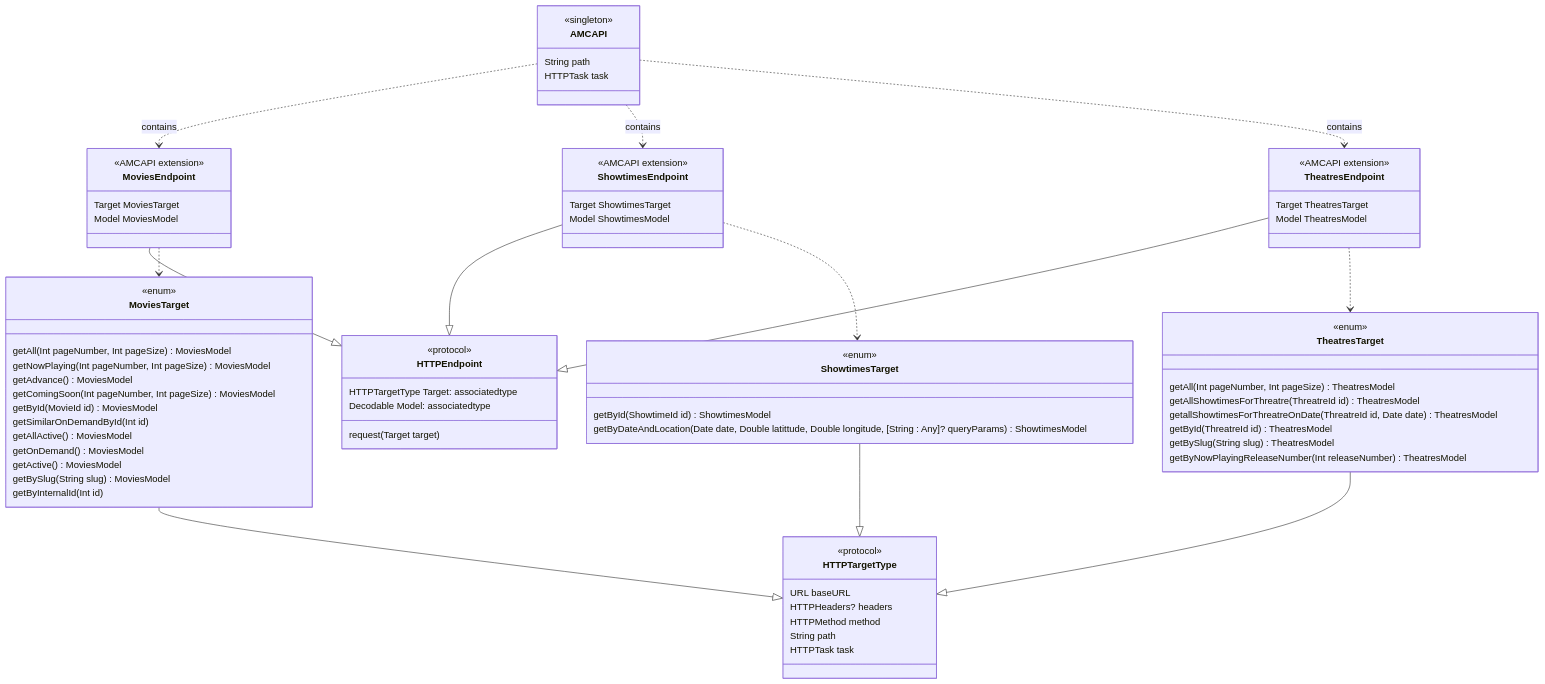
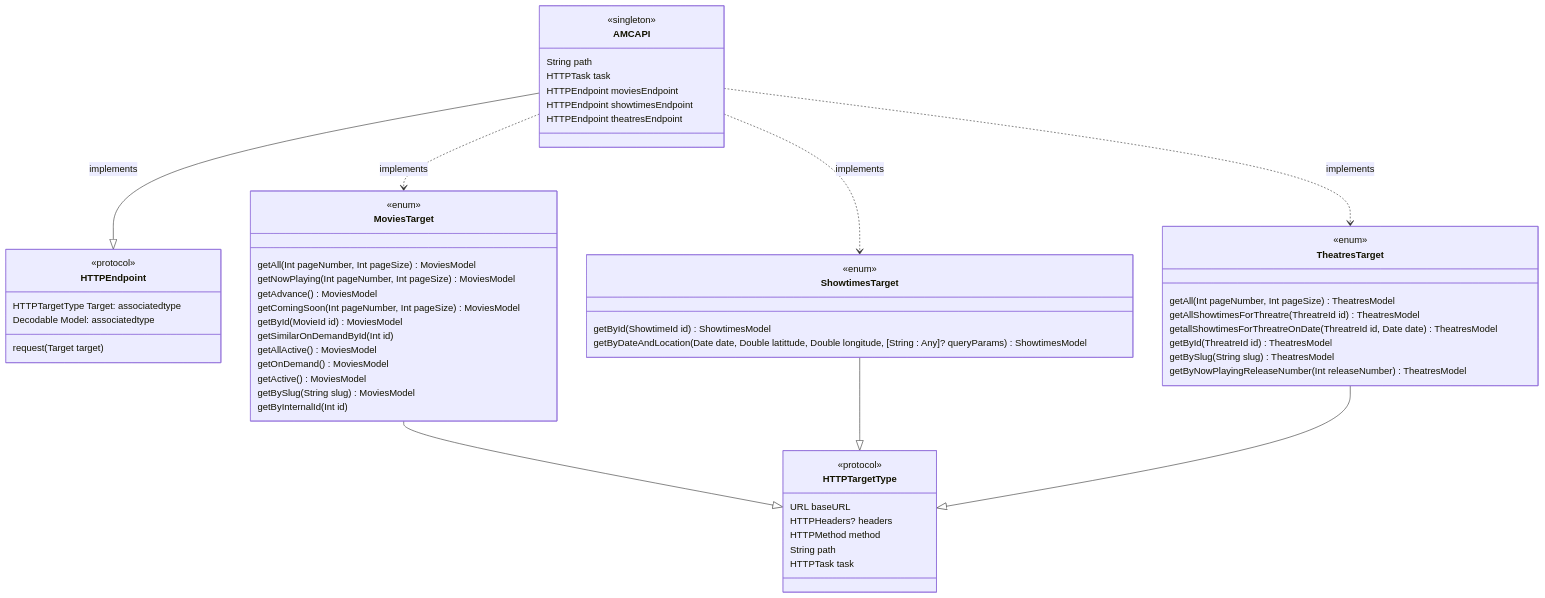
One commit to StateMachineJunkie/AMCAPI changed the second of 2 diagrams in README.md. Above: the diagram before and after it, drawn with Mermaid. The commit also changed other lines of this file, not shown here.

Commit message:
Updated APICore diagram and description.

````diff
--- a/README.md
+++ b/README.md
@@ -27,9 +29,20 @@
 ```mermaid
 classDiagram
+	class HTTPEndpoint {
+		<<protocol>>
+		HTTPTargetType Target: associatedtype
+		Decodable Model: associatedtype
+		
+		request(Target target)
+	}
+
     class AMCAPI {
         <<singleton>>
         String path
         HTTPTask task
+        HTTPEndpoint moviesEndpoint
+        HTTPEndpoint showtimesEndpoint
+        HTTPEndpoint theatresEndpoint
     }
 
 	class HTTPTargetType {
@@ -41,20 +54,6 @@
 		HTTPTask task
 	}
 	
-	class HTTPEndpoint {
-		<<protocol>>
-		HTTPTargetType Target: associatedtype
-		Decodable Model: associatedtype
-		
-		request(Target target)
-	}
-
-    class MoviesEndpoint {
-        <<AMCAPI extension>>
-        Target MoviesTarget
-        Model MoviesModel
-    }
-
     class MoviesTarget {
         <<enum>>
         getAll(Int pageNumber, Int pageSize) MoviesModel
@@ -70,22 +69,10 @@
         getByInternalId(Int id)
     }
 
-    class ShowtimesEndpoint {
-        <<AMCAPI extension>>
-        Target ShowtimesTarget
-        Model ShowtimesModel
-    }
-
     class ShowtimesTarget {
         <<enum>>
         getById(ShowtimeId id) ShowtimesModel
         getByDateAndLocation(Date date, Double latittude, Double longitude, [String : Any]? queryParams) ShowtimesModel
-    }
-
-    class TheatresEndpoint {
-        <<AMCAPI extension>>
-        Target TheatresTarget
-        Model TheatresModel
     }
 
     class TheatresTarget {
@@ -98,19 +85,12 @@
         getByNowPlayingReleaseNumber(Int releaseNumber) TheatresModel
     }
 
-    AMCAPI ..> MoviesEndpoint: contains
-    AMCAPI ..> ShowtimesEndpoint: contains
-    AMCAPI ..> TheatresEndpoint: contains
-    
-    MoviesEndpoint --|> HTTPEndpoint
-    ShowtimesEndpoint --|> HTTPEndpoint
-    TheatresEndpoint --|> HTTPEndpoint
+    AMCAPI --|> HTTPEndpoint: implements
+    AMCAPI ..> MoviesTarget: implements
+    AMCAPI ..> ShowtimesTarget: implements
+    AMCAPI ..> TheatresTarget: implements
 
     MoviesTarget --|> HTTPTargetType
     ShowtimesTarget --|> HTTPTargetType
     TheatresTarget --|> HTTPTargetType
-
-    MoviesEndpoint ..> MoviesTarget
-    ShowtimesEndpoint ..> ShowtimesTarget
-    TheatresEndpoint ..> TheatresTarget
 ```
````
